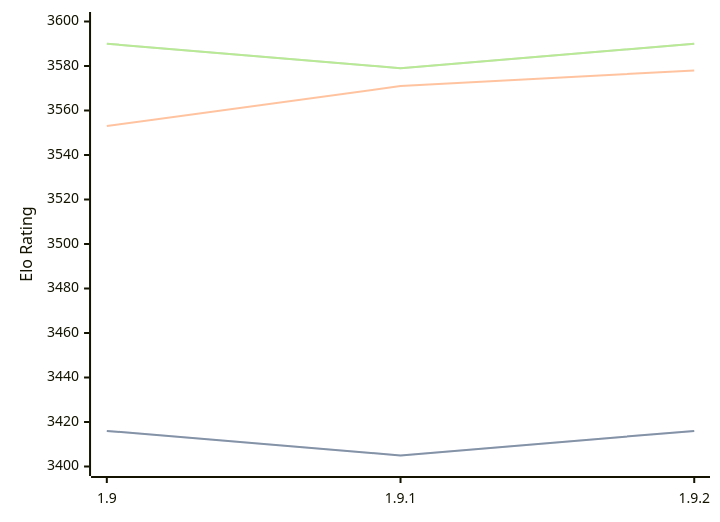
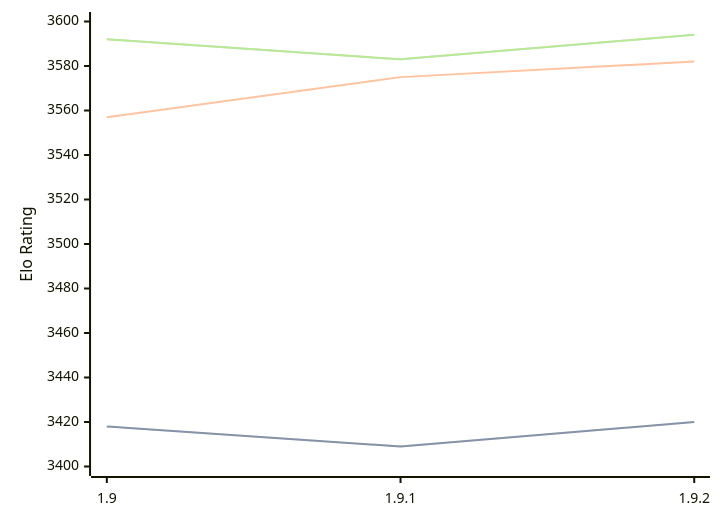
One commit to computer-chess-index/cci changed the diagram in engines/Pawnocchio.md. Above: the diagram before and after it, drawn with Mermaid. The commit also changed other lines of this file, not shown here.

Commit message:
Update CCI Ratings (ELO VLTC) - 2026-05-02

````diff
--- a/engines/Pawnocchio.md
+++ b/engines/Pawnocchio.md
@@ -48,11 +48,11 @@
 ```mermaid
 %%{init: {"theme":"base","themeVariables":{"seriesColors:['#a3a3a3','#222221','#faa371']}}}%%
 xychart-beta
   x-axis ["1.9", "1.9.1", "1.9.2"]
   y-axis "Elo Rating" 3400 --> 3600
-  line "STC (8.0+0.08s)" [3416, 3405, 3416]
-  line "STC (8.0+0.08s)" [3416, 3405, 3416]
-  line "LTC (60.0+0.60s)" [3553, 3571, 3578]
-  line "VLTC (2m24s+1.12s)" [3590, 3579, 3590]
-  line "VLTC (2m24s+1.12s)" [3590, 3579, 3590]
+  line "STC (8.0+0.08s)" [3418, 3409, 3420]
+  line "STC (8.0+0.08s)" [3418, 3409, 3420]
+  line "LTC (60.0+0.60s)" [3557, 3575, 3582]
+  line "VLTC (2m24s+1.12s)" [3592, 3583, 3594]
+  line "VLTC (2m24s+1.12s)" [3592, 3583, 3594]
 ```
````
